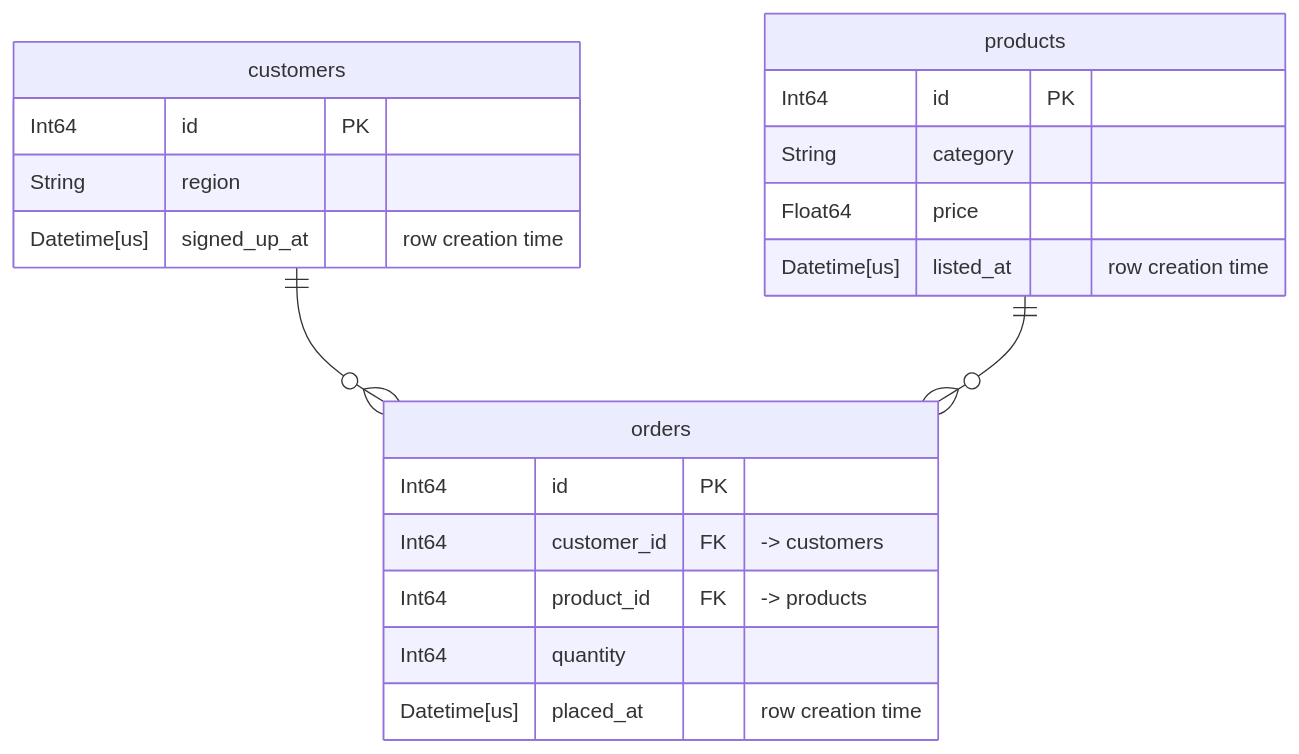
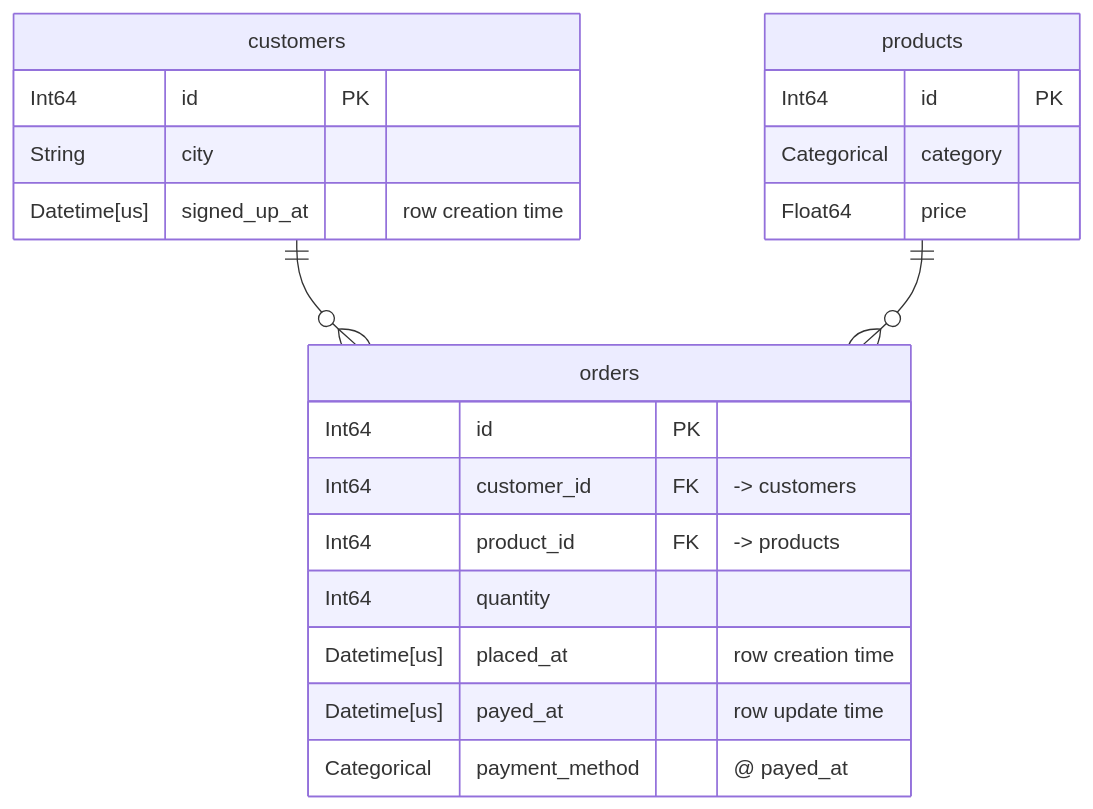
The diagram in README.md (Excidion/tusk), drawn with Mermaid before and after one commit. The commit also changed other lines of this file and 6 other files, not shown here.

````diff
--- a/README.md
+++ b/README.md
@@ -71,23 +77,24 @@
 ```mermaid
 erDiagram
   "customers" {
     Int64 id PK
-    String region
+    String city
     Datetime[us] signed_up_at "row creation time"
   }
   "products" {
     Int64 id PK
-    String category
+    Categorical category
     Float64 price
-    Datetime[us] listed_at "row creation time"
   }
   "orders" {
     Int64 id PK
     Int64 customer_id FK "-> customers"
     Int64 product_id FK "-> products"
     Int64 quantity
     Datetime[us] placed_at "row creation time"
+    Datetime[us] payed_at "row update time"
+    Categorical payment_method "@ payed_at"
   }
   "customers" 1 to 0+ "orders" : ""
   "products" 1 to 0+ "orders" : ""
 ```
````
